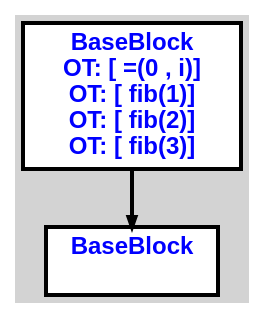
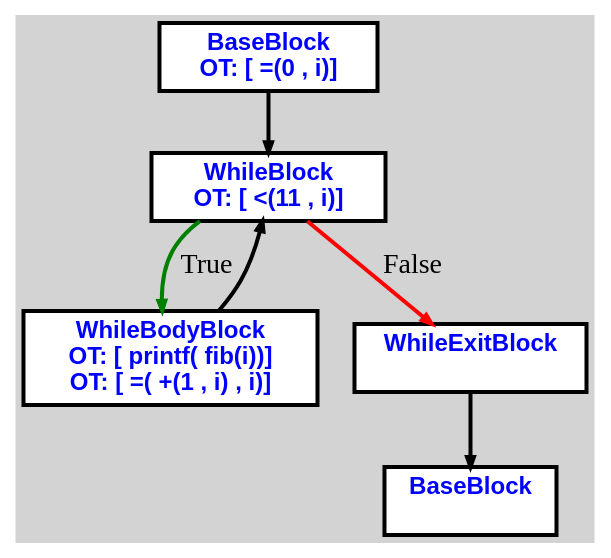
The diagram in cpoCompilerWin/input2.txt.main.dot (aveen007/CountingMonkeys), drawn with Graphviz before and after one commit. The commit also changed 15 other files, not shown here.

```diff
--- a/cpoCompilerWin/input2.txt.main.dot
+++ b/cpoCompilerWin/input2.txt.main.dot
@@ -1,14 +1,21 @@
 digraph G {
 ordering=out;
 ranksep=.4;
 bgcolor="lightgrey";  node [shape=box, fixedsize=false, fontsize=12, fontname="Helvetica-bold", fontcolor="blue"
 width=.25, height=.25, color="black", fillcolor="white", style="filled, solid, bold"];
 
-edge [arrowsize=.5, color="black", style="bold"]    n000011C7BD723F20 [label="BaseBlock\n OT: [ =(0 , i)]
-OT: [ fib(1)]
-OT: [ fib(2)]
-OT: [ fib(3)]
+edge [arrowsize=.5, color="black", style="bold"]    n000011EC12C24520 [label="BaseBlock\n OT: [ =(0 , i)]
 "]
-    n000011C7BD723F80 [label="BaseBlock\n "]
-    n000011C7BD723F20 -> n000011C7BD723F80
+    n000011EC12C24580 [label="WhileBlock\n OT: [ <(11 , i)]
+"]
+    n000011EC12C24520 -> n000011EC12C24580
+	   n000011EC12C24580 -> n000011EC12C245E0 [ label = "True" color="green"]
+    n000011EC12C245E0 [label="WhileBodyBlock\n OT: [ printf( fib(i))]
+OT: [ =( +(1 , i) , i)]
+"]
+    n000011EC12C245E0 -> n000011EC12C24580
+	   n000011EC12C24580 -> n000011EC12C24640 [ label = "False" color="red"]
+    n000011EC12C24640 [label="WhileExitBlock\n "]
+    n000011EC12C246A0 [label="BaseBlock\n "]
+    n000011EC12C24640 -> n000011EC12C246A0
 }
```
